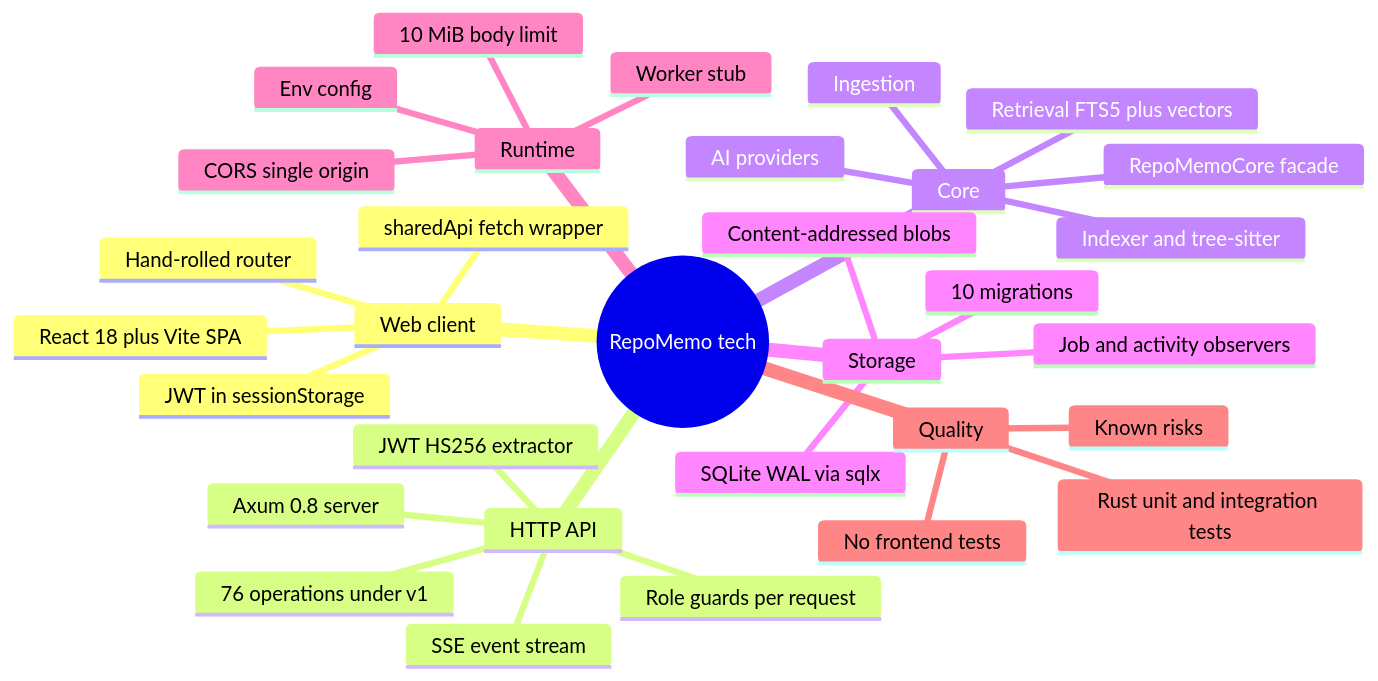
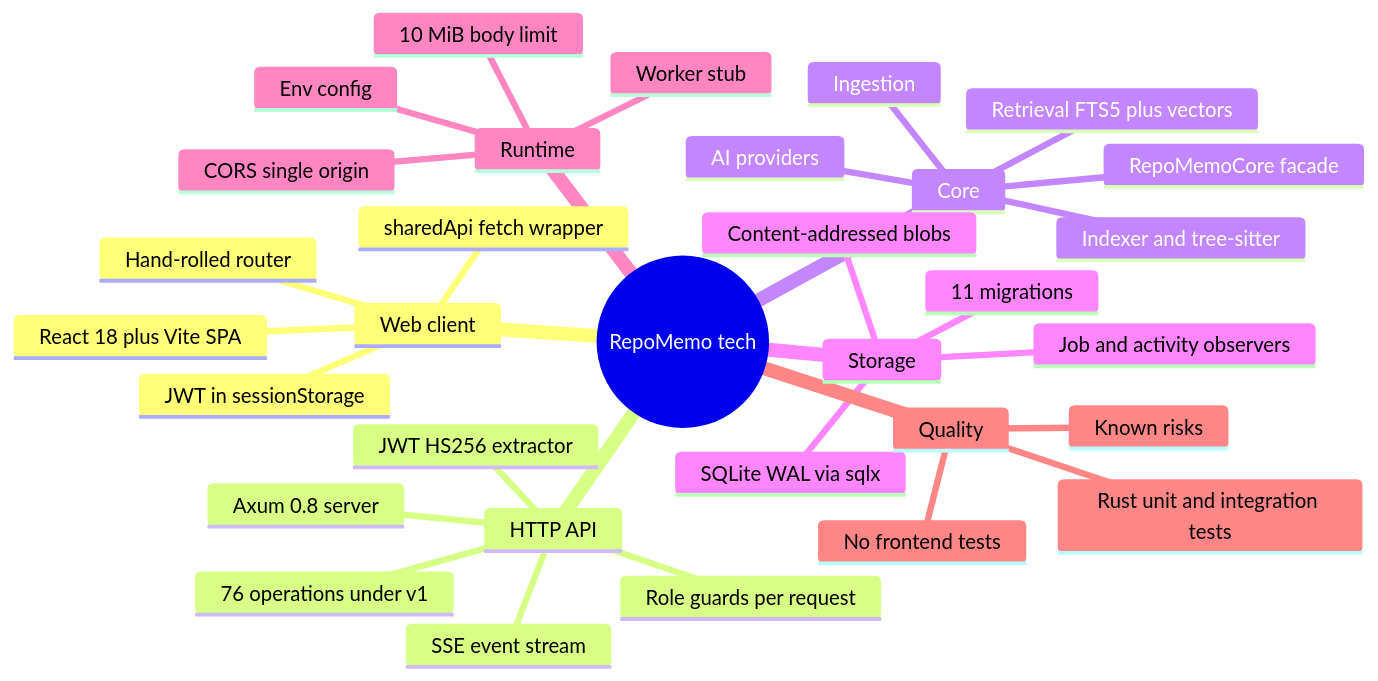
One commit to winksen/RepoMemo changed the first of 6 diagrams in mindmap/TECHNICAL_MINDMAP.md. Above: the diagram before and after it, drawn with Mermaid. The commit also changed other lines of this file and 7 other files, not shown here.

````diff
--- a/mindmap/TECHNICAL_MINDMAP.md
+++ b/mindmap/TECHNICAL_MINDMAP.md
@@ -11,35 +11,35 @@
 ```mermaid
 mindmap
   root((RepoMemo tech))
     Web client
       React 18 plus Vite SPA
       Hand-rolled router
       sharedApi fetch wrapper
       JWT in sessionStorage
     HTTP API
       Axum 0.8 server
       76 operations under v1
       JWT HS256 extractor
       Role guards per request
       SSE event stream
     Core
       RepoMemoCore facade
       Ingestion
       Indexer and tree-sitter
       Retrieval FTS5 plus vectors
       AI providers
     Storage
       SQLite WAL via sqlx
-      10 migrations
+      11 migrations
       Content-addressed blobs
       Job and activity observers
     Runtime
       Env config
       CORS single origin
       10 MiB body limit
       Worker stub
     Quality
       Rust unit and integration tests
       No frontend tests
       Known risks
 ```
````
